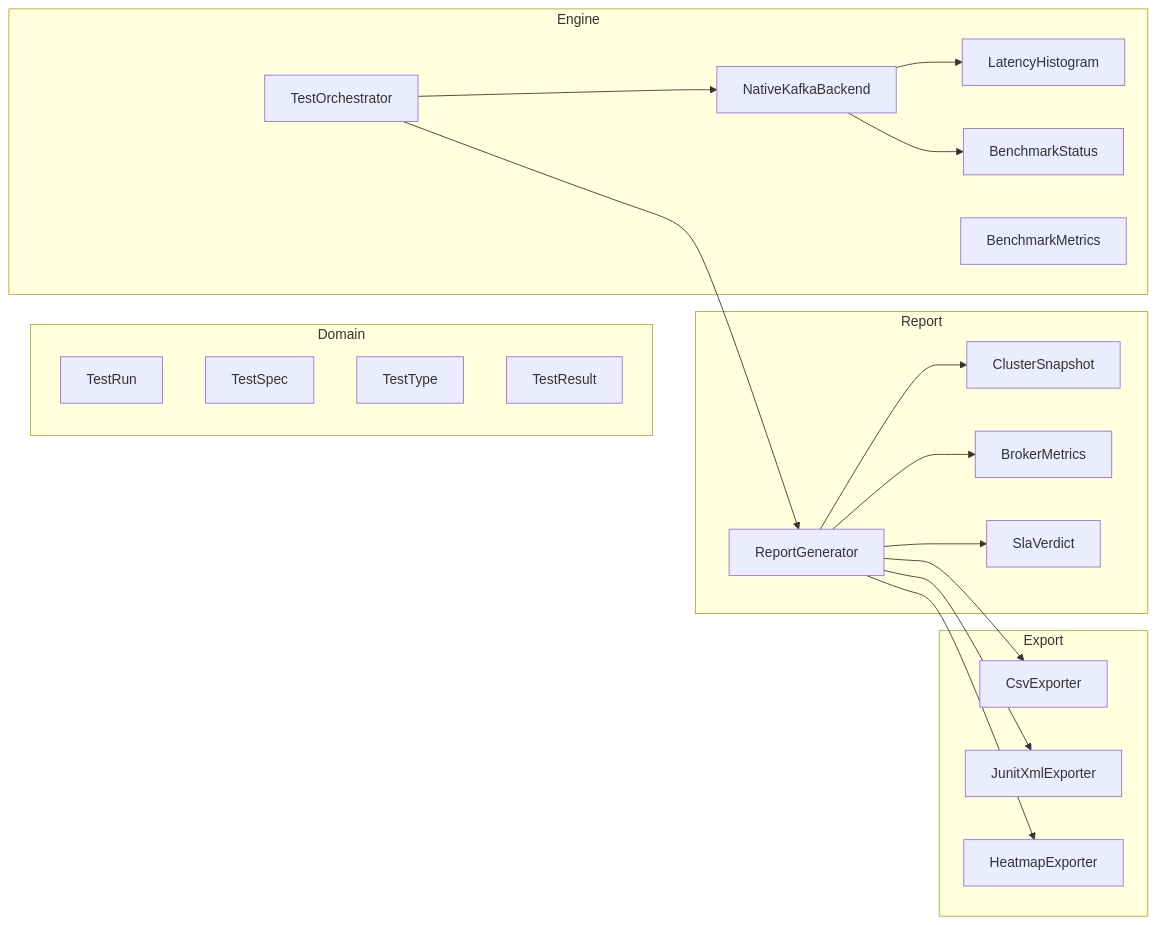
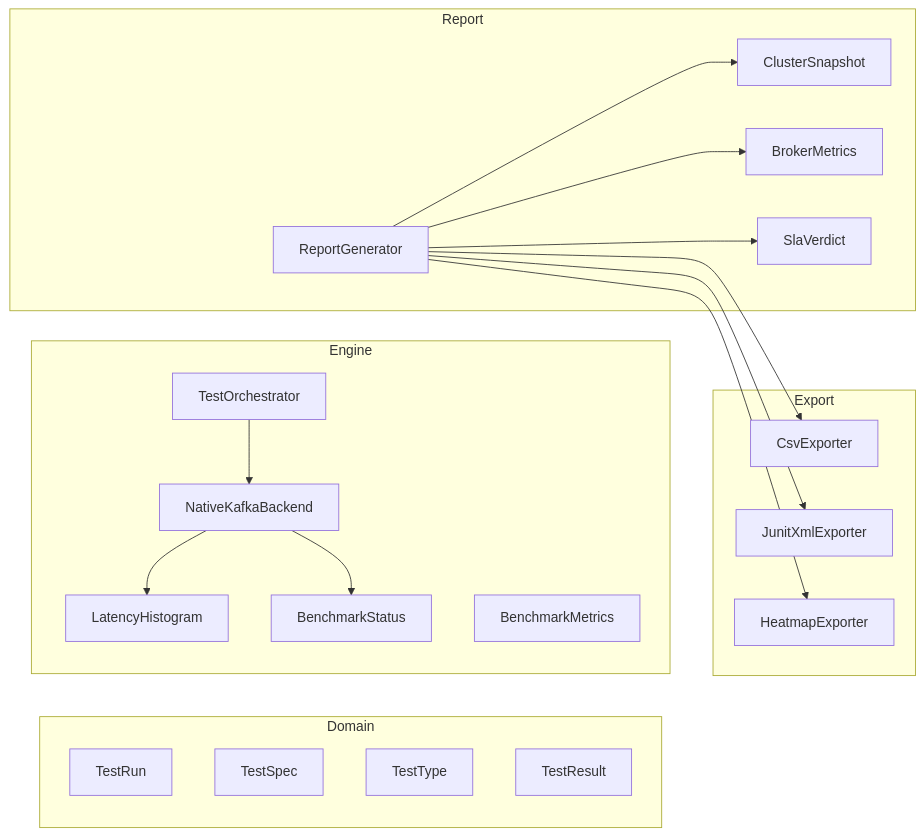
One commit to actions-marketplace-validations/bmscomp_kates changed the second of 8 diagrams in docs/book/02-architecture.md. Above: the diagram before and after it, drawn with Mermaid. The commit also changed other lines of this file and 5 other files, not shown here.

````diff
--- a/docs/book/02-architecture.md
+++ b/docs/book/02-architecture.md
@@ -63,41 +73,40 @@
 ```mermaid
 graph LR
     subgraph Domain
         TR[TestRun]
         TS[TestSpec]
         TT[TestType]
         TRes[TestResult]
     end
     
     subgraph Engine
         TO[TestOrchestrator]
         NKB[NativeKafkaBackend]
         LH[LatencyHistogram]
         BS[BenchmarkStatus]
         BM[BenchmarkMetrics]
     end
     
     subgraph Report
         RG[ReportGenerator]
         CS[ClusterSnapshot]
         BrokerM[BrokerMetrics]
         SLA[SlaVerdict]
     end
     
     subgraph Export
         CSV[CsvExporter]
         JUnit[JunitXmlExporter]
         HM[HeatmapExporter]
     end
     
     TO --> NKB
-    TO --> RG
     NKB --> LH
     NKB --> BS
     RG --> CS
     RG --> BrokerM
     RG --> SLA
     RG --> CSV
     RG --> JUnit
     RG --> HM
 ```
````
